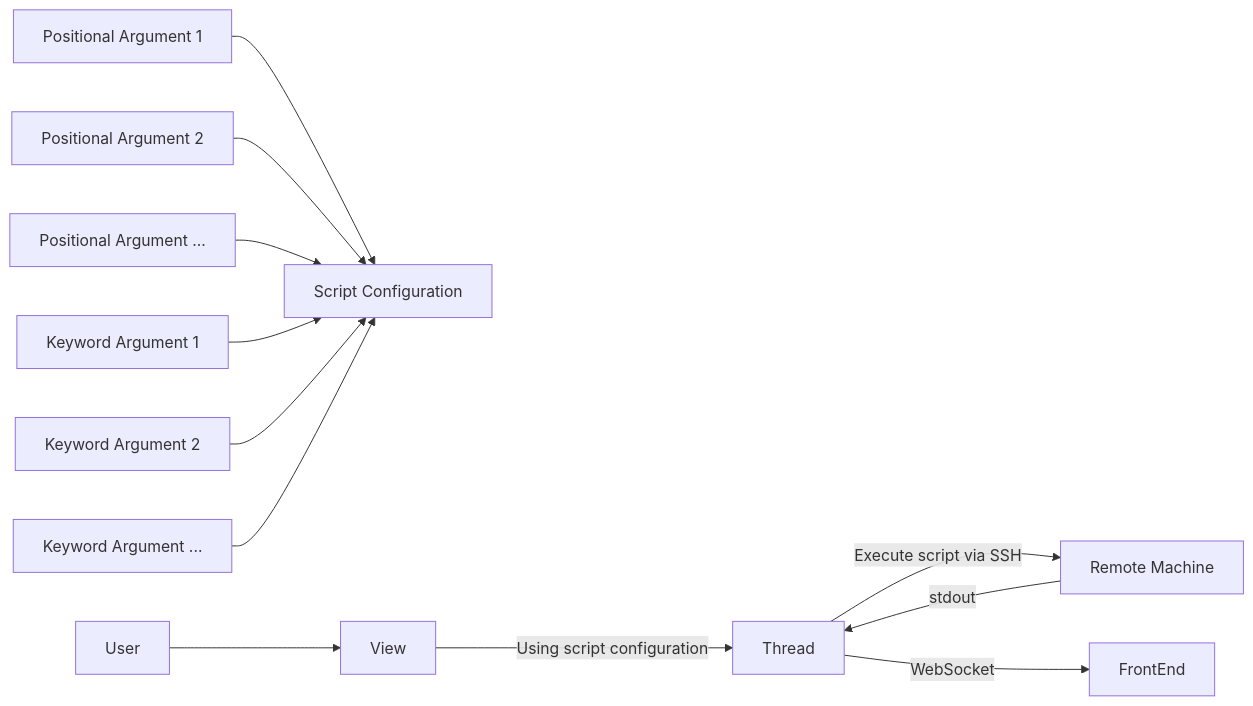
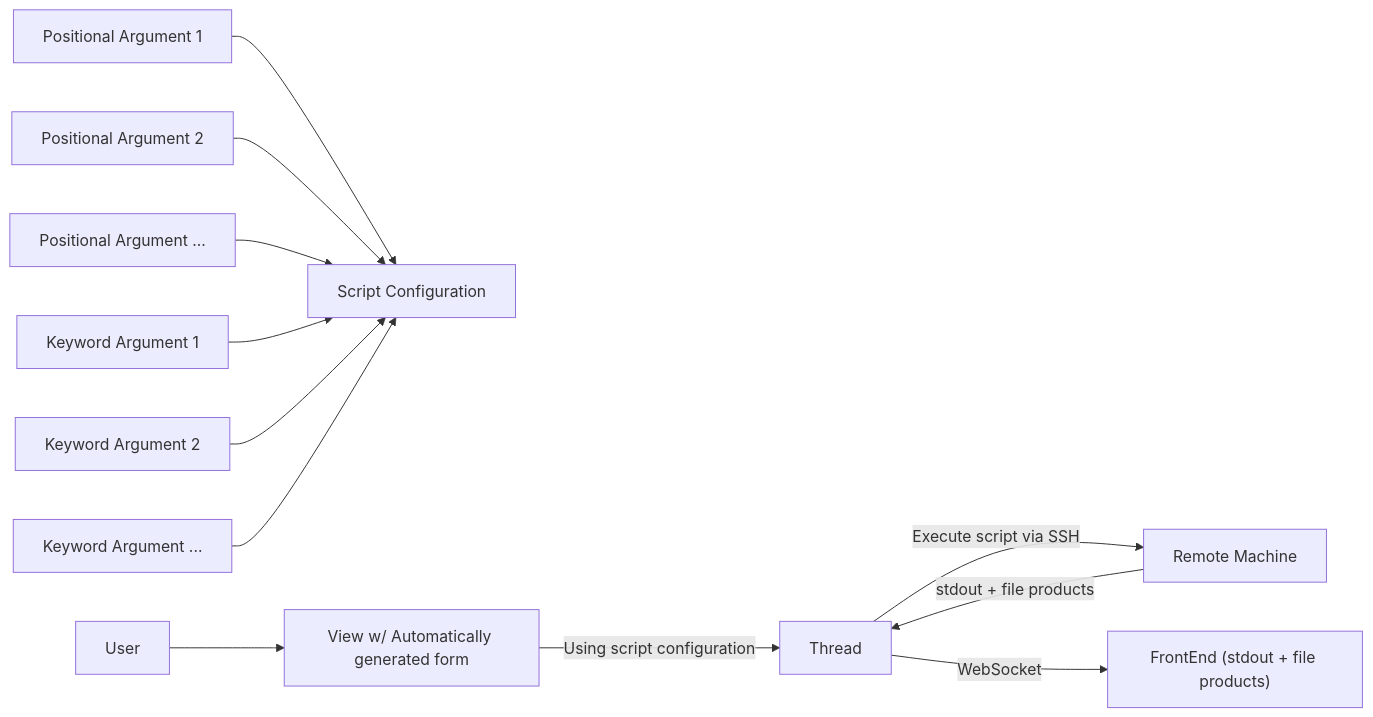
The diagram in docs/certhelper/apps/remotescripts/overview.md (CMSTrackerDPG/cms-tkdpg-software-knowledge-transfer), drawn with Mermaid before and after one commit.

Commit message:
Updated flowchart

````diff
--- a/docs/certhelper/apps/remotescripts/overview.md
+++ b/docs/certhelper/apps/remotescripts/overview.md
@@ -11,16 +11,16 @@
 ```mermaid
 flowchart LR
 	arg1[Positional Argument 1] --> script[Script Configuration] 
 	arg2[Positional Argument 2] --> script
 	argdot[Positional Argument ...] --> script	
 	kwarg1[Keyword Argument 1] --> script
 	kwarg2[Keyword Argument 2] --> script	
 	kwargdot[Keyword Argument ...] --> script		
 	
-	User --> View
+	User --> View[View w/ Automatically generated form]
 	View -- Using script configuration --> thread[Thread]
 	thread -- Execute script via SSH --> remote[Remote Machine]
-	remote -- stdout --> thread
-	thread -- WebSocket --> FrontEnd
+	remote -- stdout + file products --> thread
+	thread -- WebSocket --> fe["FrontEnd (stdout + file products)"]
 
 ```
````
